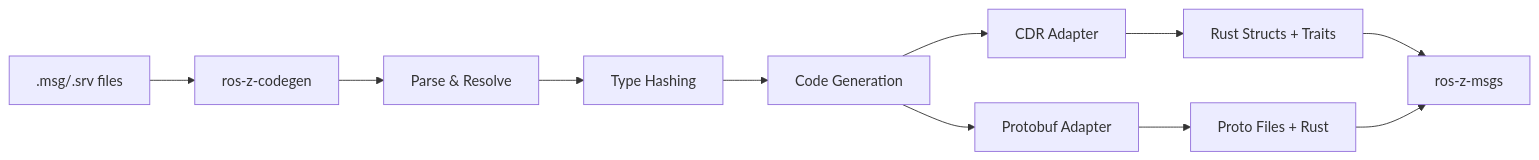
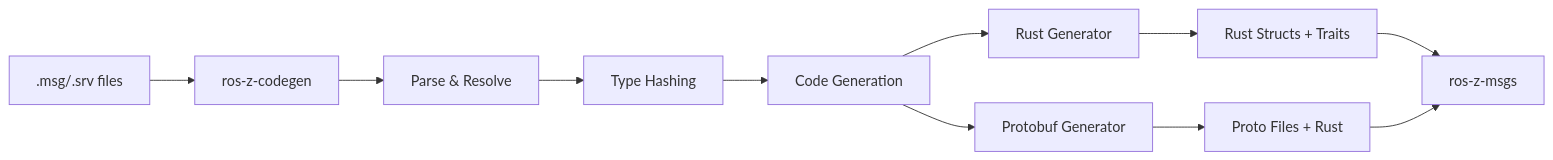
Before and after one commit to ZettaScaleLabs/ros-z: the first of 6 diagrams in book/src/chapters/message_generation.md, drawn with Mermaid. The commit also changed other lines of this file and 106 other files, not shown here.

````diff
--- a/book/src/chapters/message_generation.md
+++ b/book/src/chapters/message_generation.md
@@ -11,13 +11,13 @@
 ```mermaid
 graph LR
     A[.msg/.srv files] --> B[ros-z-codegen]
     B --> C[Parse & Resolve]
     C --> D[Type Hashing]
     D --> E[Code Generation]
-    E --> F[CDR Adapter]
-    E --> G[Protobuf Adapter]
+    E --> F[Rust Generator]
+    E --> G[Protobuf Generator]
     F --> H[Rust Structs + Traits]
     G --> I[Proto Files + Rust]
     H --> J[ros-z-msgs]
     I --> J
 ```
````
